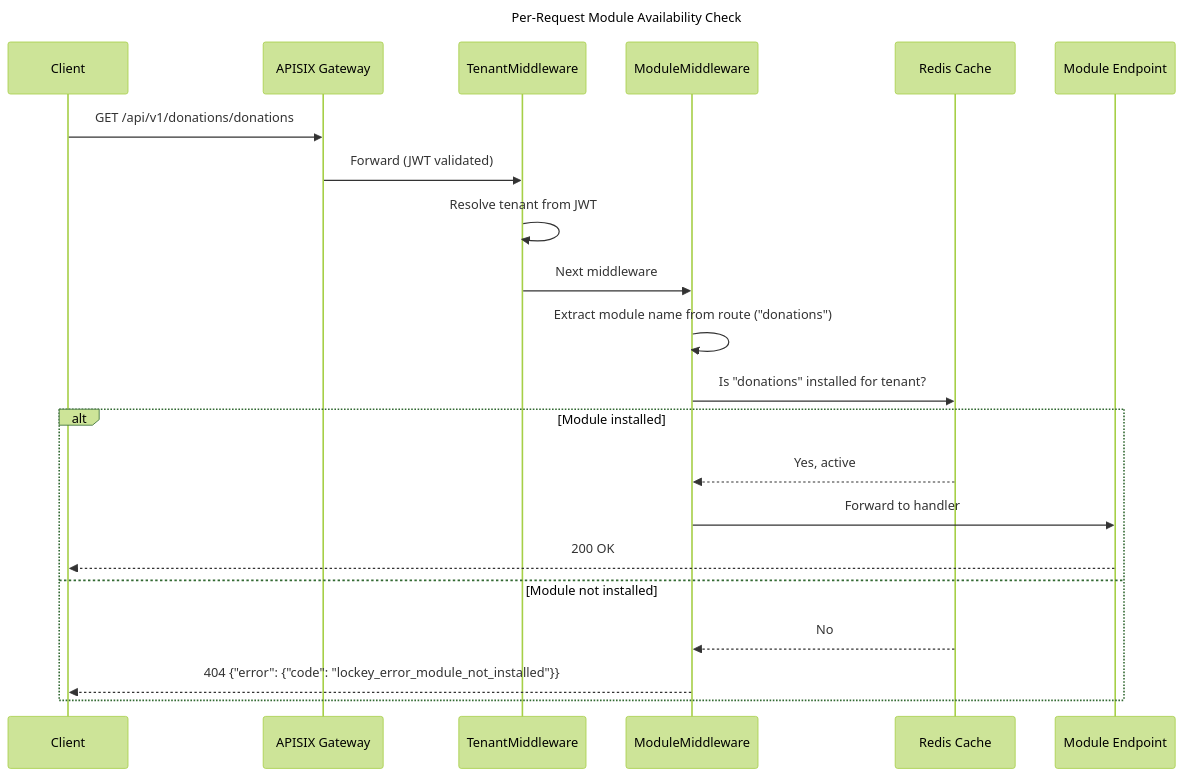
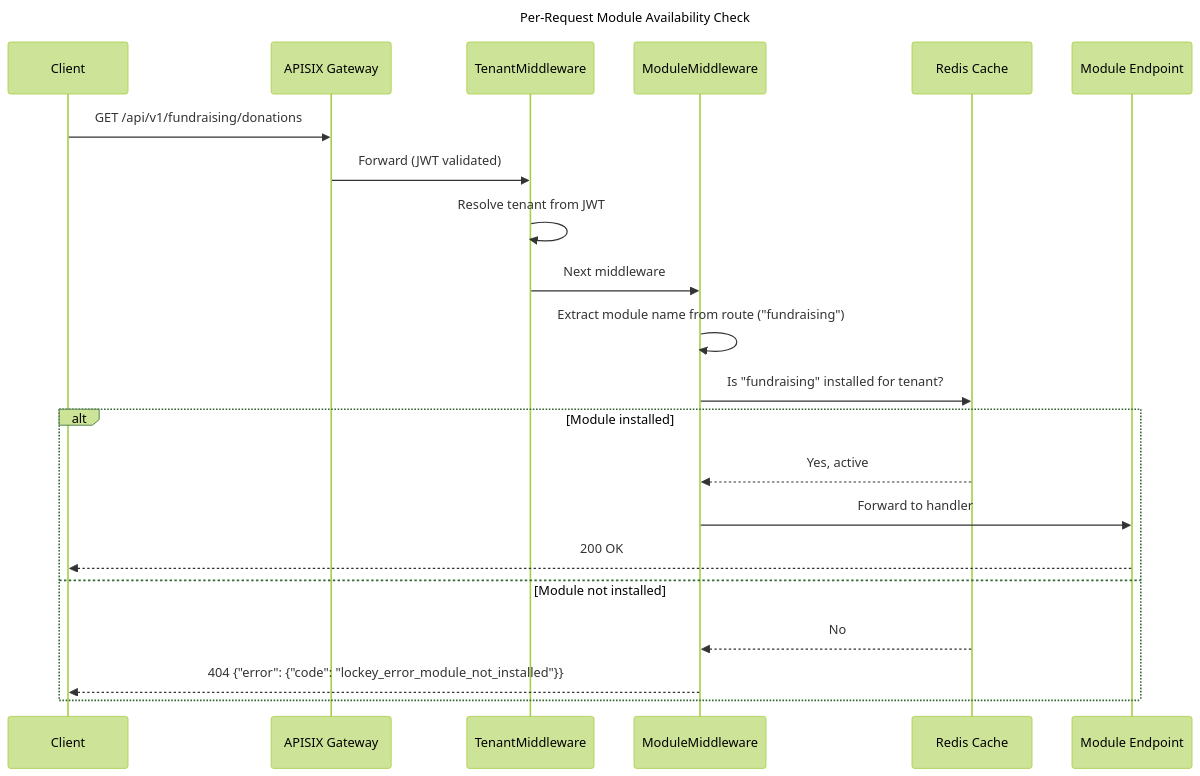
One commit to cemililik/Nexora changed the third of 5 diagrams in docs/architecture/MODULE_SYSTEM.md. Above: the diagram before and after it, drawn with Mermaid (forest theme). The commit also changed other lines of this file and 13 other files, not shown here.

````diff
--- a/docs/architecture/MODULE_SYSTEM.md
+++ b/docs/architecture/MODULE_SYSTEM.md
@@ -207,29 +208,29 @@
 ```mermaid
 ---
 title: Per-Request Module Availability Check
 ---
 sequenceDiagram
     participant Client
     participant APISIX as APISIX Gateway
     participant MW as TenantMiddleware
     participant ModMW as ModuleMiddleware
     participant Cache as Redis Cache
     participant Endpoint as Module Endpoint
 
-    Client->>APISIX: GET /api/v1/donations/donations
+    Client->>APISIX: GET /api/v1/fundraising/donations
     APISIX->>MW: Forward (JWT validated)
     MW->>MW: Resolve tenant from JWT
     MW->>ModMW: Next middleware
 
-    ModMW->>ModMW: Extract module name from route ("donations")
-    ModMW->>Cache: Is "donations" installed for tenant?
+    ModMW->>ModMW: Extract module name from route ("fundraising")
+    ModMW->>Cache: Is "fundraising" installed for tenant?
 
     alt Module installed
         Cache-->>ModMW: Yes, active
         ModMW->>Endpoint: Forward to handler
         Endpoint-->>Client: 200 OK
     else Module not installed
         Cache-->>ModMW: No
         ModMW-->>Client: 404 {"error": {"code": "lockey_error_module_not_installed"}}
     end
 ```
````
